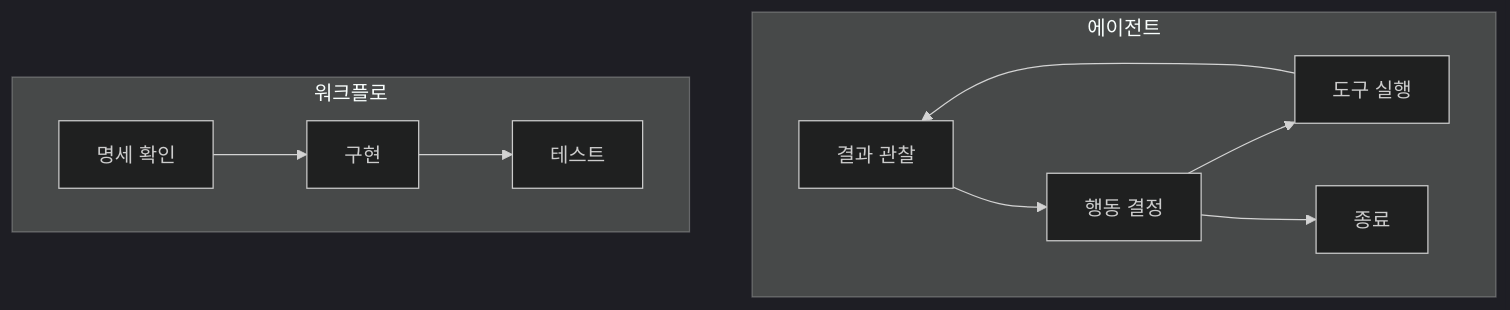
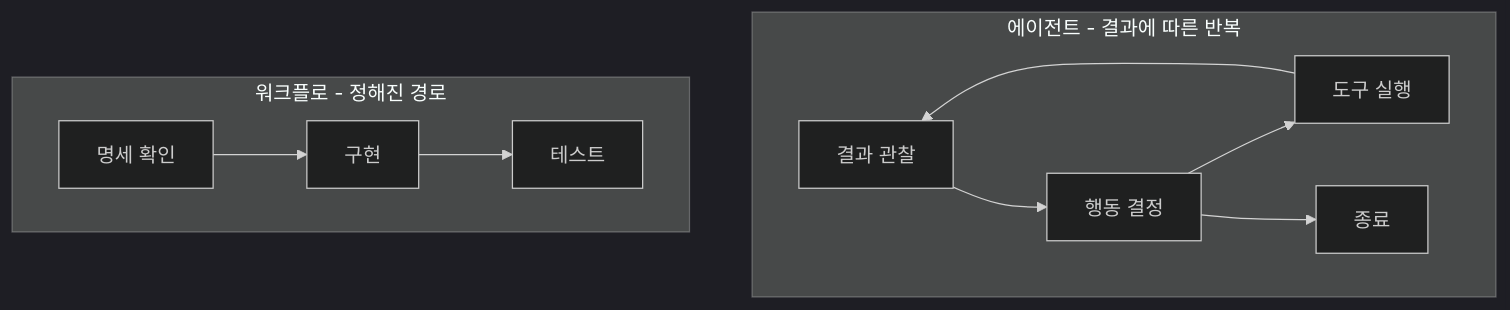
One commit to YoungSan77/TrainingMaterials changed the first of 2 diagrams in courses/ai-native/sessions/s02.md. Above: the diagram before and after it, drawn with Mermaid (dark theme). The commit also changed other lines of this file and 5 other files, not shown here.

````diff
--- a/courses/ai-native/sessions/s02.md
+++ b/courses/ai-native/sessions/s02.md
@@ -318,15 +319,15 @@
 ```mermaid
 flowchart LR
-  subgraph W[워크플로]
+  subgraph W[워크플로 - 정해진 경로]
     direction LR
     W1[명세 확인] --> W2[구현] --> W3[테스트]
   end
-  subgraph A[에이전트]
+  subgraph A[에이전트 - 결과에 따른 반복]
     direction LR
     A1[결과 관찰] --> A2[행동 결정]
     A2 --> A3[도구 실행]
     A3 --> A1
     A2 --> A4[종료]
   end
   W ~~~ A
 ```
````
